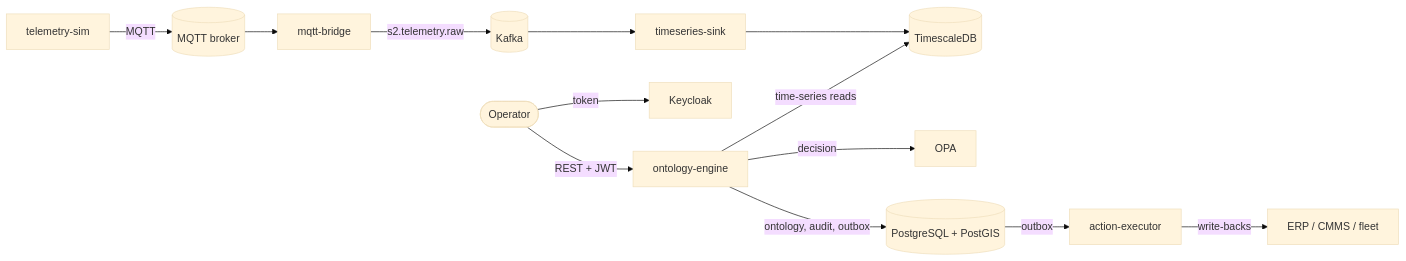
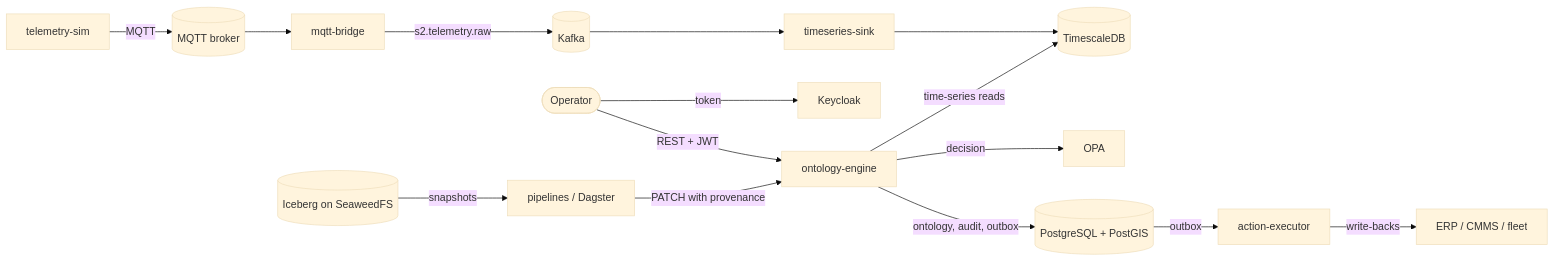
One commit to veerendra-saraswathi/S2 changed the first of 2 diagrams in docs/architecture/overview.md. Above: the diagram before and after it, drawn with Mermaid (base theme). The commit also changed other lines of this file and 38 other files, not shown here.

````diff
--- a/docs/architecture/overview.md
+++ b/docs/architecture/overview.md
@@ -19,16 +19,18 @@
 ```mermaid
 flowchart LR
     sim[telemetry-sim] -->|MQTT| mqtt[(MQTT broker)]
     mqtt --> bridge[mqtt-bridge]
     bridge -->|s2.telemetry.raw| kafka[(Kafka)]
     kafka --> sink[timeseries-sink]
     sink --> tsdb[(TimescaleDB)]
 
     user([Operator]) -->|token| kc[Keycloak]
     user -->|REST + JWT| engine[ontology-engine]
     engine -->|decision| opa[OPA]
     engine -->|ontology, audit, outbox| pg[(PostgreSQL + PostGIS)]
     engine -->|time-series reads| tsdb
     pg -->|outbox| exec[action-executor]
     exec -->|write-backs| ext[ERP / CMMS / fleet]
+    lake[(Iceberg on SeaweedFS)] -->|snapshots| pipe[pipelines / Dagster]
+    pipe -->|PATCH with provenance| engine
 ```
````
